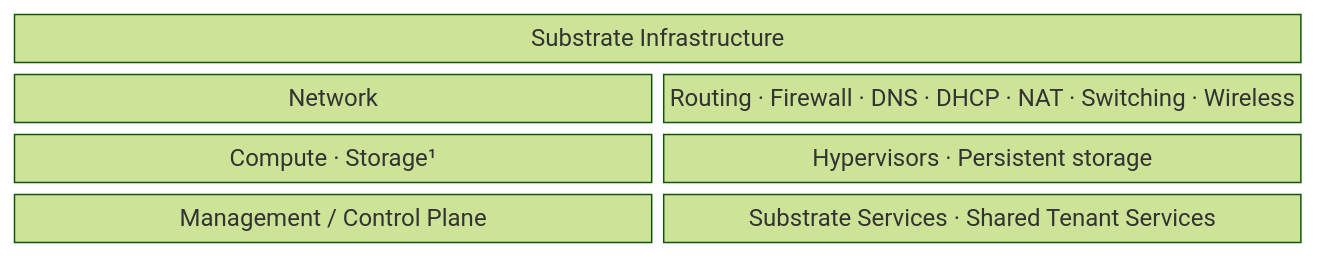
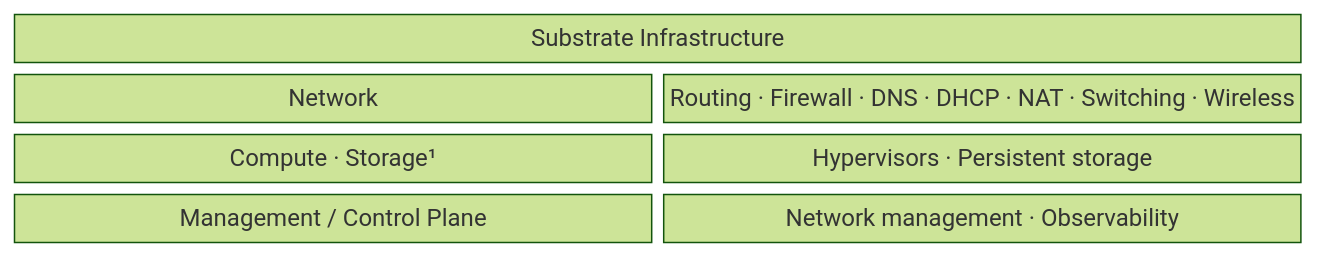
The diagram in content/docs/architecture/substrate/_index.md (deevnet/deevnet-docs), drawn with Mermaid (forest theme) before and after one commit. The commit also changed other lines of this file and 10 other files, not shown here.

First line of the commit message:
Architecture: keep Substrate standalone, move shared tenant services to Tenant

```diff
--- a/content/docs/architecture/substrate/_index.md
+++ b/content/docs/architecture/substrate/_index.md
@@ -17,8 +17,8 @@
 {{< mermaid >}}
 block-beta
     columns 2
     hdr["Substrate Infrastructure"]:2
     net["Network"]:1 netd["Routing · Firewall · DNS · DHCP · NAT · Switching · Wireless"]:1
     cmp["Compute · Storage¹"]:1 cmpd["Hypervisors · Persistent storage"]:1
-    mcp["Management / Control Plane"]:1 mcpd["Substrate Services · Shared Tenant Services"]:1
+    mcp["Management / Control Plane"]:1 mcpd["Network management · Observability"]:1
 {{< /mermaid >}}
```
